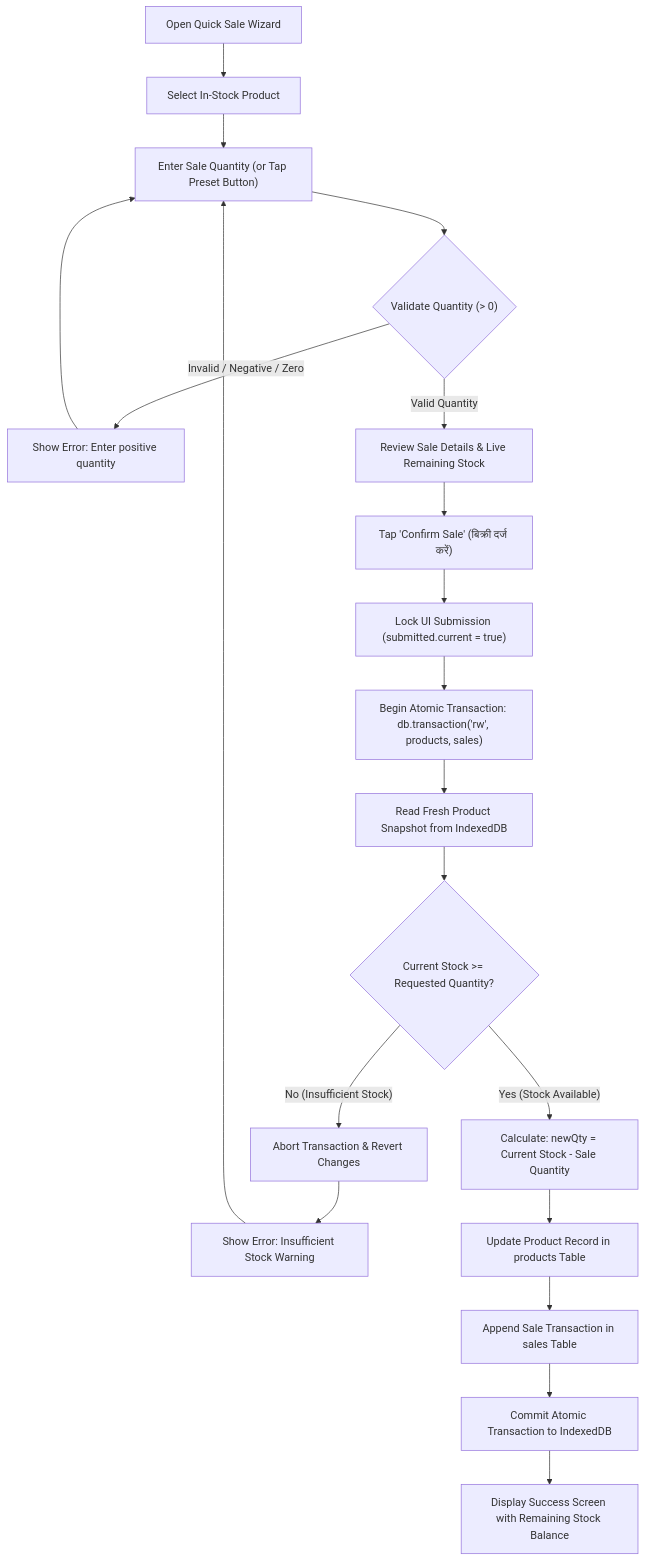
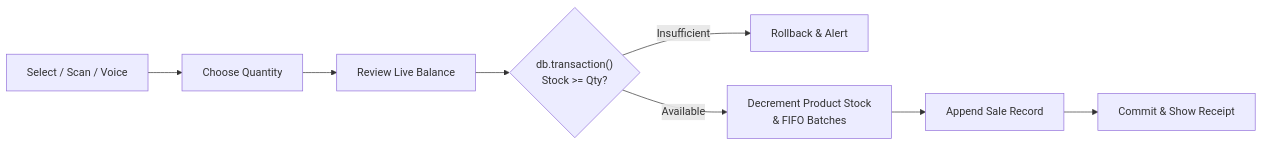
One commit to tiwari-priyanshu05/SaudaSamrat changed the third of 7 diagrams in README.md. Above: the diagram before and after it, drawn with Mermaid. The commit also changed other lines of this file and 76 other files, not shown here.

````diff
--- a/README.md
+++ b/README.md
@@ -235,27 +203,10 @@
 ```mermaid
-flowchart TD
-    A["Open Quick Sale Wizard"] --> B["Select In-Stock Product"]
-    B --> C["Enter Sale Quantity (or Tap Preset Button)"]
-    C --> D{"Validate Quantity (> 0)"}
-    
-    D -- "Invalid / Negative / Zero" --> E["Show Error: Enter positive quantity"]
-    E --> C
-
-    D -- "Valid Quantity" --> F["Review Sale Details & Live Remaining Stock"]
-    F --> G["Tap 'Confirm Sale' (बिक्री दर्ज करें)"]
-    G --> H["Lock UI Submission (submitted.current = true)"]
-    
-    H --> I["Begin Atomic Transaction: db.transaction('rw', products, sales)"]
-    I --> J["Read Fresh Product Snapshot from IndexedDB"]
-    J --> K{"Current Stock >= Requested Quantity?"}
-
-    K -- "No (Insufficient Stock)" --> L["Abort Transaction & Revert Changes"]
-    L --> M["Show Error: Insufficient Stock Warning"]
-    M --> C
-
-    K -- "Yes (Stock Available)" --> N["Calculate: newQty = Current Stock - Sale Quantity"]
-    N --> O["Update Product Record in products Table"]
-    O --> P["Append Sale Transaction in sales Table"]
-    P --> Q["Commit Atomic Transaction to IndexedDB"]
-    Q --> R["Display Success Screen with Remaining Stock Balance"]
+flowchart LR
+    A["Select / Scan / Voice"] --> B["Choose Quantity"]
+    B --> C["Review Live Balance"]
+    C --> D{"db.transaction()\nStock >= Qty?"}
+    D -- "Insufficient" --> E["Rollback & Alert"]
+    D -- "Available" --> F["Decrement Product Stock\n& FIFO Batches"]
+    F --> G["Append Sale Record"]
+    G --> H["Commit & Show Receipt"]
 ```
````
